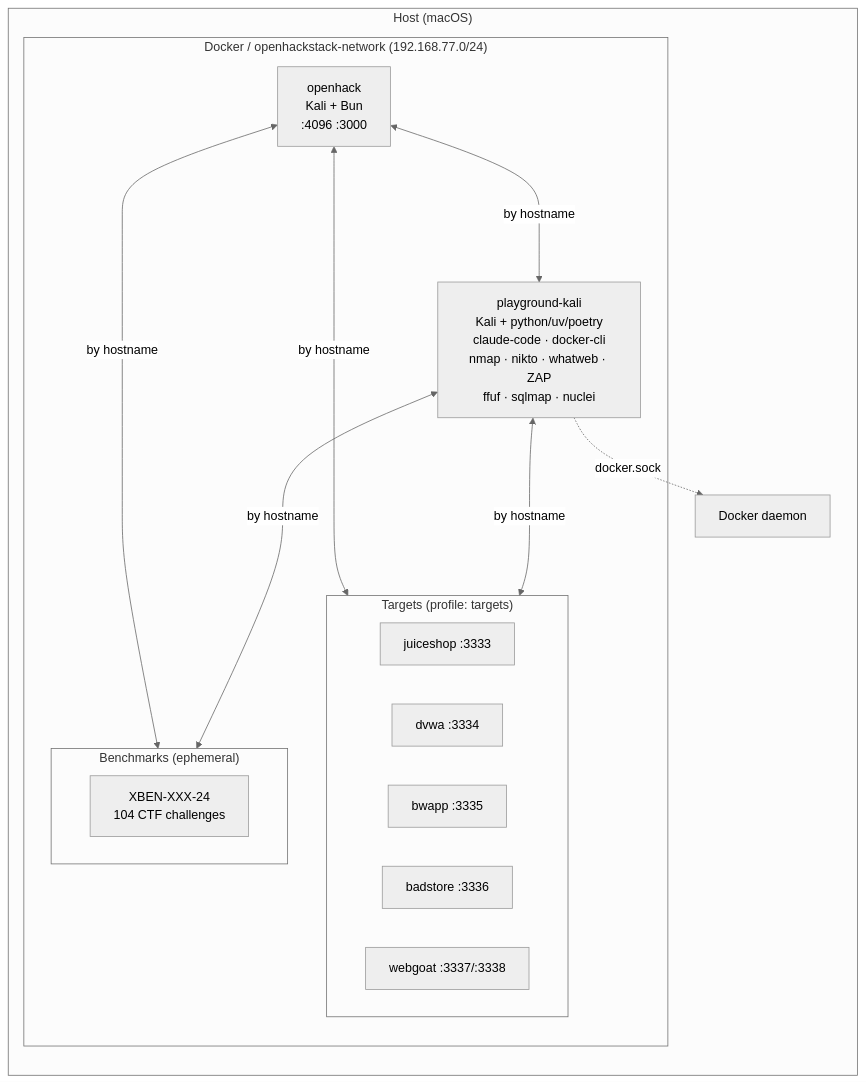
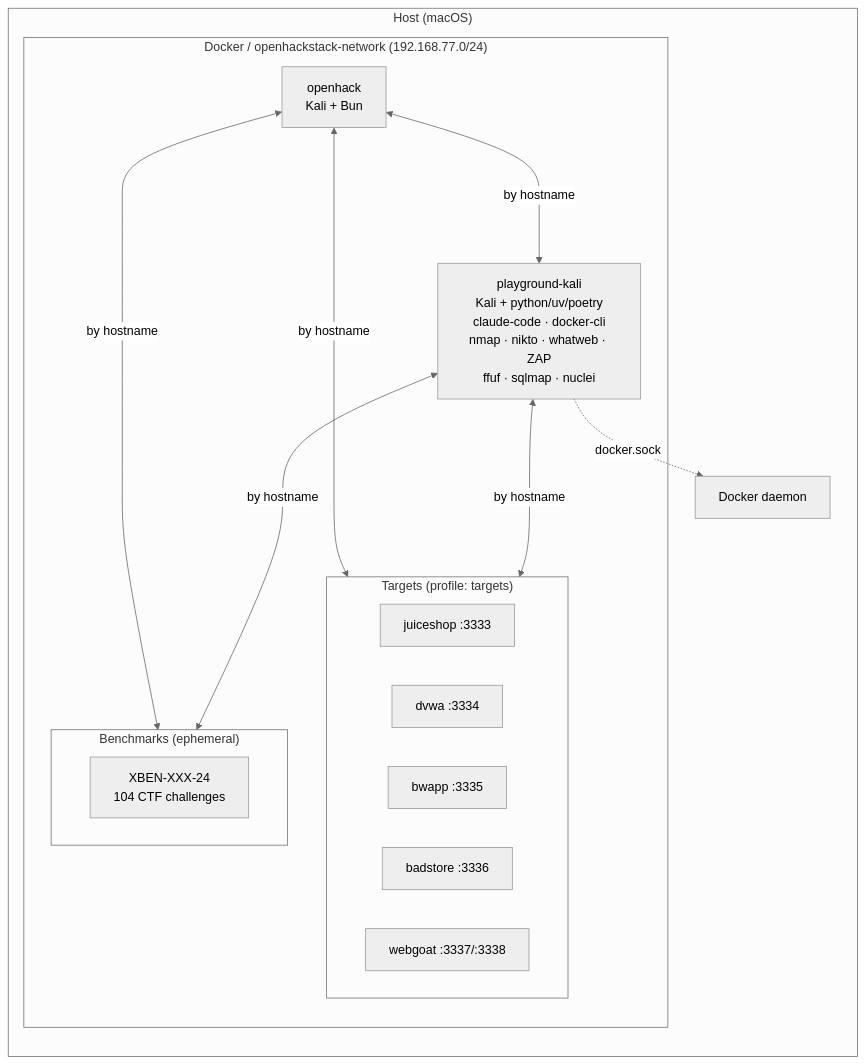
The diagram in docker/README.md (mkdirtim/FERR), drawn with Mermaid (neutral theme) before and after one commit. The commit also changed other lines of this file and 1 other file, not shown here.

````diff
--- a/docker/README.md
+++ b/docker/README.md
@@ -7,27 +7,27 @@
 ```mermaid
 graph LR
     subgraph host["Host (macOS)"]
         subgraph docker["Docker / openhackstack-network (192.168.77.0/24)"]
-            openhack["openhack<br/>Kali + Bun<br/>:4096 :3000"]
+            openhack["openhack<br/>Kali + Bun"]
             playground["playground-kali<br/>Kali + python/uv/poetry<br/>claude-code · docker-cli<br/>nmap · nikto · whatweb · ZAP<br/>ffuf · sqlmap · nuclei"]
             subgraph targets["Targets (profile: targets)"]
                 juiceshop["juiceshop :3333"]
                 dvwa["dvwa :3334"]
                 bwapp["bwapp :3335"]
                 badstore["badstore :3336"]
                 webgoat["webgoat :3337/:3338"]
             end
             subgraph benchmarks["Benchmarks (ephemeral)"]
                 xbow["XBEN-XXX-24<br/>104 CTF challenges"]
             end
         end
         dockerd["Docker daemon"]
     end
 
     openhack <--->|"by hostname"| targets
     openhack <--->|"by hostname"| benchmarks
     playground <--->|"by hostname"| targets
     playground <--->|"by hostname"| benchmarks
     openhack <--->|"by hostname"| playground
     playground -.->|"docker.sock"| dockerd
 ```
````
